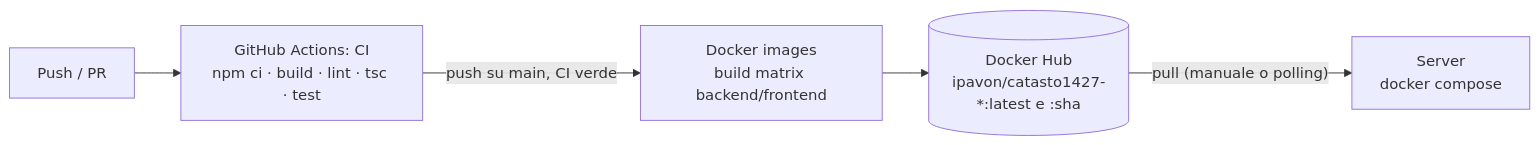
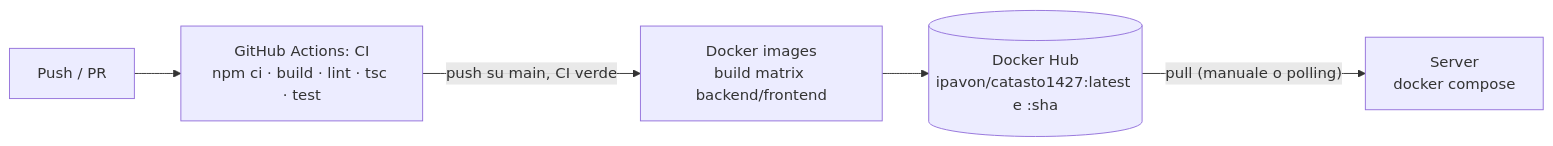
The fourth of 4 diagrams in docs/architettura.md (AntonioOrf/Catasto), drawn with Mermaid before and after one commit. The commit also changed other lines of this file and 23 other files, not shown here.

````diff
--- a/docs/architettura.md
+++ b/docs/architettura.md
@@ -201,7 +199,7 @@
 ```mermaid
 flowchart LR
     Dev[Push / PR] --> CI["GitHub Actions: CI<br/>npm ci · build · lint · tsc · test"]
     CI -- "push su main, CI verde" --> DK["Docker images<br/>build matrix backend/frontend"]
-    DK --> HUB[("Docker Hub<br/>ipavon/catasto1427-*:latest e :sha")]
+    DK --> HUB[("Docker Hub<br/>ipavon/catasto1427:latest e :sha")]
     HUB -- "pull (manuale o polling)" --> SRV["Server<br/>docker compose"]
 ```
````
